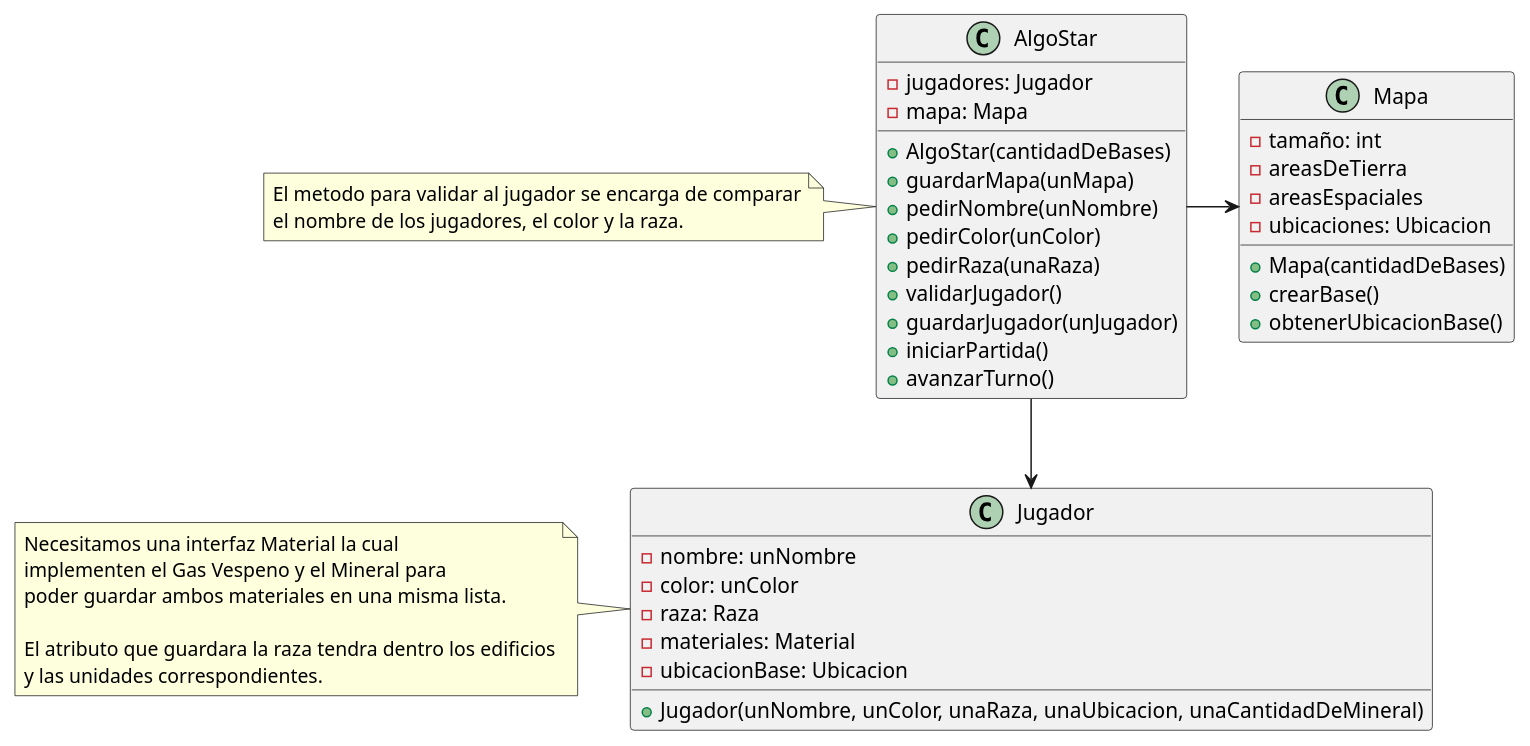
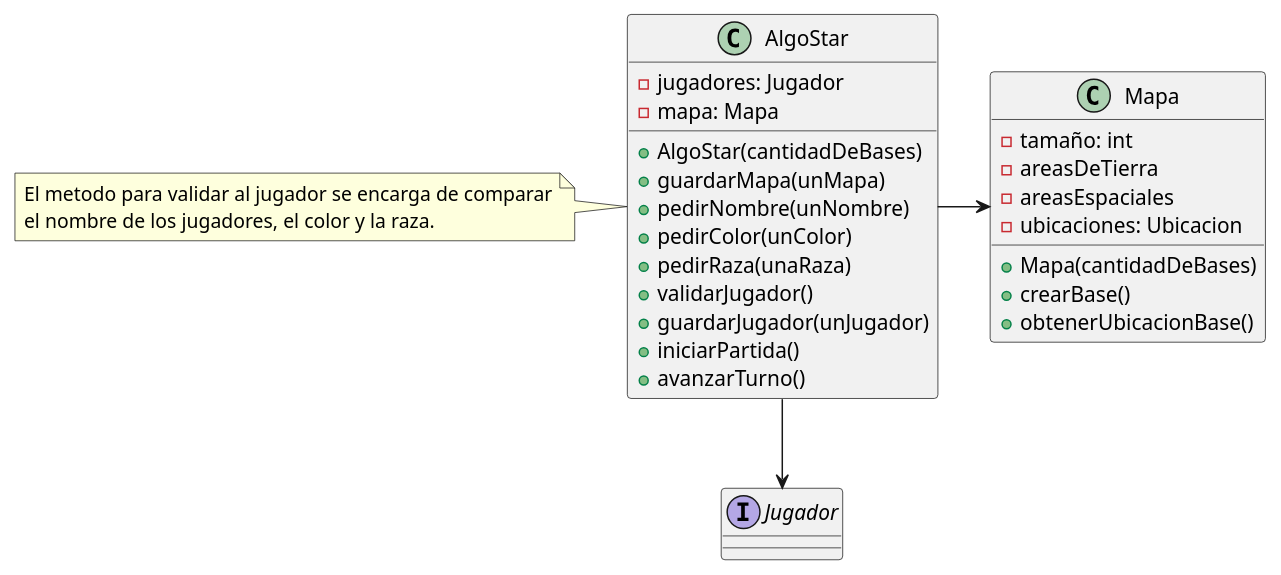
The diagram in diagrams/classes/Diagramas de clase/Entrega 2/AlgoStar.puml (joeldevel/algo3_tp_2), drawn with PlantUML before and after one commit. The commit also changed 10 other files, not shown here.

First line of the commit message:
JugadorZerg y JugadorProtoss refactorizados con lo relacionado a los recursos ya que ahora existe una clase llamada Recursos que se encarga de administrar eso.

```diff
--- a/diagrams/classes/Diagramas de clase/Entrega 2/AlgoStar.puml
+++ b/diagrams/classes/Diagramas de clase/Entrega 2/AlgoStar.puml
@@ -1,43 +1,34 @@
 @startuml
 
 class AlgoStar{
     -jugadores: Jugador
     -mapa: Mapa
     +AlgoStar(cantidadDeBases)
     +guardarMapa(unMapa)
     +pedirNombre(unNombre)
     +pedirColor(unColor)
     +pedirRaza(unaRaza)
     +validarJugador()
     +guardarJugador(unJugador)
     +iniciarPartida()
     +avanzarTurno()
 }
 
 note left: El metodo para validar al jugador se encarga de comparar\nel nombre de los jugadores, el color y la raza.
 
-class Jugador{
-    -nombre: unNombre
-    -color: unColor
-    -raza: Raza
-    -materiales: Material
-    -ubicacionBase: Ubicacion
-    +Jugador(unNombre, unColor, unaRaza, unaUbicacion, unaCantidadDeMineral)
-}
-
-note left: Necesitamos una interfaz Material la cual\nimplementen el Gas Vespeno y el Mineral para\npoder guardar ambos materiales en una misma lista.\n\nEl atributo que guardara la raza tendra dentro los edificios\ny las unidades correspondientes.
+interface Jugador
 
 class Mapa{
     -tamaño: int
     -areasDeTierra
     -areasEspaciales
     -ubicaciones: Ubicacion
     +Mapa(cantidadDeBases)
     +crearBase()
     +obtenerUbicacionBase()
 }
 
 AlgoStar --> Jugador
 AlgoStar -> Mapa
 
 @enduml
```
